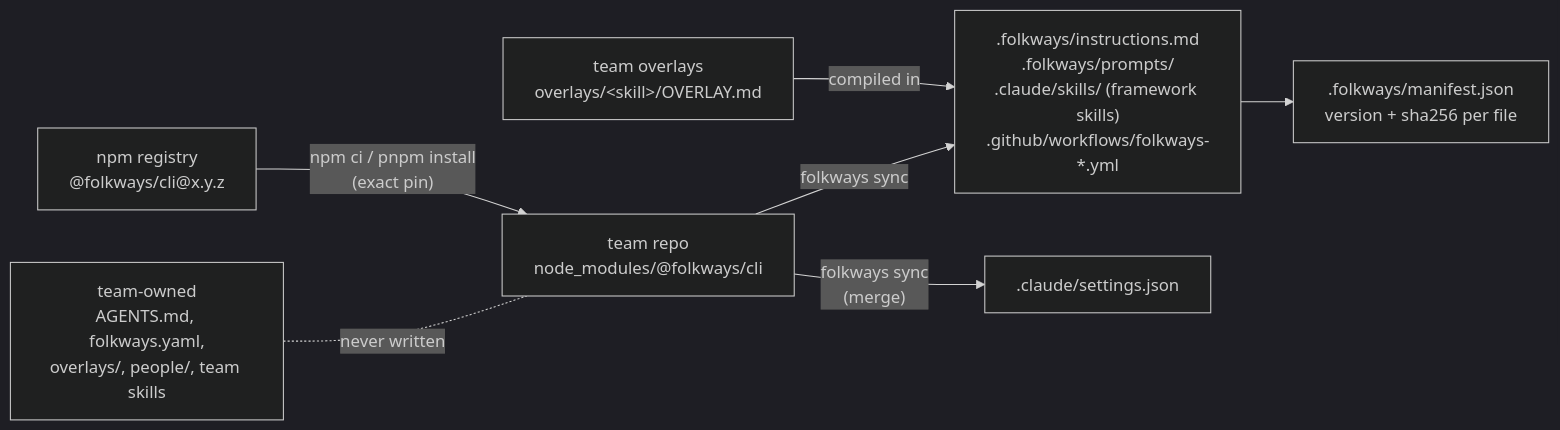
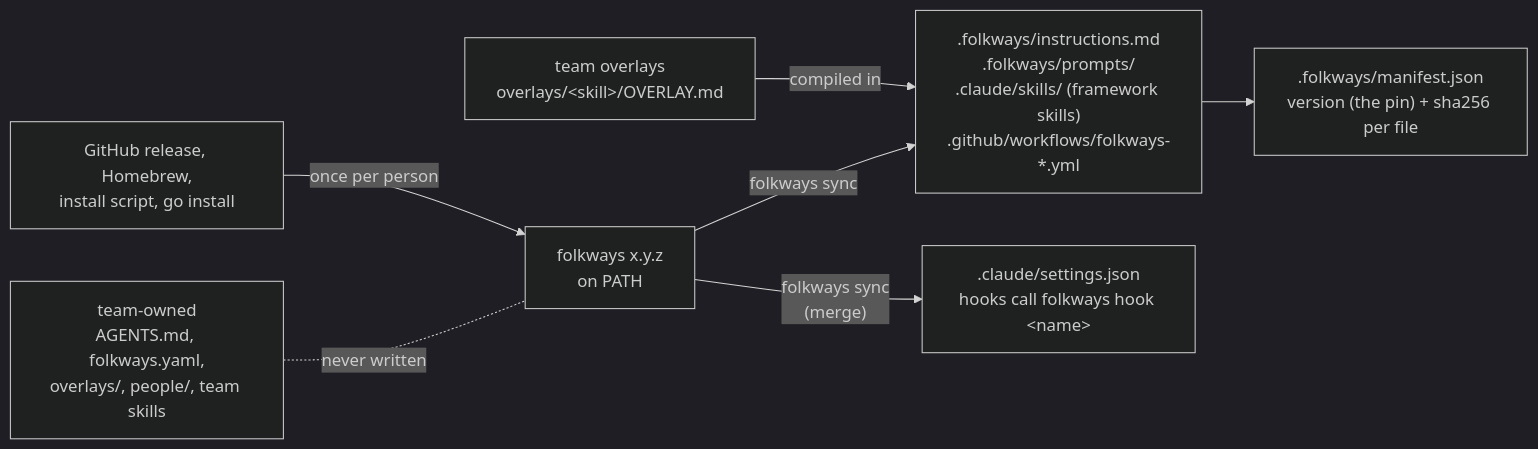
One commit to sumsolution/folkways changed the diagram in docs/guide/how-it-works.md. Above: the diagram before and after it, drawn with Mermaid (dark theme). The commit also changed other lines of this file and 14 other files, not shown here.

````diff
--- a/docs/guide/how-it-works.md
+++ b/docs/guide/how-it-works.md
@@ -21,9 +25,9 @@
 ```mermaid
 flowchart LR
-  npm["npm registry<br/>@folkways/cli@x.y.z"] -->|"npm ci / pnpm install<br/>(exact pin)"| nm["team repo<br/>node_modules/@folkways/cli"]
+  rel["GitHub release, Homebrew,<br/>install script, go install"] -->|"once per person"| bin["folkways x.y.z<br/>on PATH"]
   ov["team overlays<br/>overlays/&lt;skill&gt;/OVERLAY.md"] -->|"compiled in"| synced
-  nm -->|"folkways sync"| synced[".folkways/instructions.md<br/>.folkways/prompts/<br/>.claude/skills/ (framework skills)<br/>.github/workflows/folkways-*.yml"]
-  nm -->|"folkways sync<br/>(merge)"| settings[".claude/settings.json"]
-  synced --> manifest[".folkways/manifest.json<br/>version + sha256 per file"]
-  team["team-owned<br/>AGENTS.md, folkways.yaml,<br/>overlays/, people/, team skills"] -. never written .- nm
+  bin -->|"folkways sync"| synced[".folkways/instructions.md<br/>.folkways/prompts/<br/>.claude/skills/ (framework skills)<br/>.github/workflows/folkways-*.yml"]
+  bin -->|"folkways sync<br/>(merge)"| settings[".claude/settings.json<br/>hooks call folkways hook &lt;name&gt;"]
+  synced --> manifest[".folkways/manifest.json<br/>version (the pin) + sha256 per file"]
+  team["team-owned<br/>AGENTS.md, folkways.yaml,<br/>overlays/, people/, team skills"] -. never written .- bin
 ```
````
